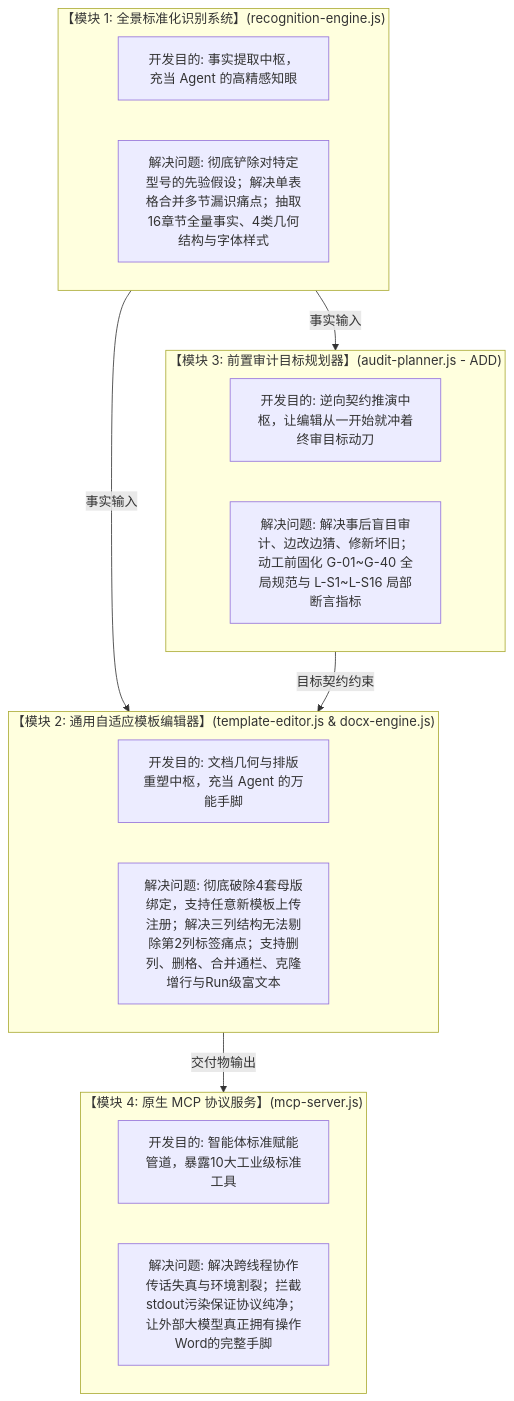
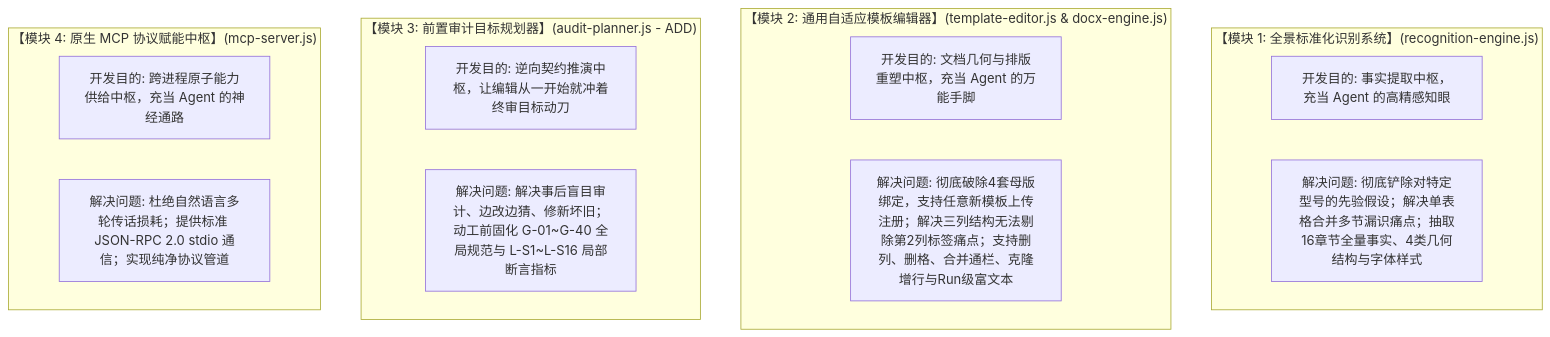
Before and after one commit to SnowLove0303/Msds-Engine: the diagram in PROJECT_CONSTITUTION.md, drawn with Mermaid. The commit also changed other lines of this file and 9 other files, not shown here.

````diff
--- a/PROJECT_CONSTITUTION.md
+++ b/PROJECT_CONSTITUTION.md
@@ -35,27 +35,22 @@
 ```mermaid
 flowchart TD
     subgraph M1["【模块 1: 全景标准化识别系统】(recognition-engine.js)"]
         D1["开发目的: 事实提取中枢，充当 Agent 的高精感知眼"]
         P1["解决问题: 彻底铲除对特定型号的先验假设；解决单表格合并多节漏识痛点；抽取16章节全量事实、4类几何结构与字体样式"]
     end
 
     subgraph M2["【模块 2: 通用自适应模板编辑器】(template-editor.js & docx-engine.js)"]
         D2["开发目的: 文档几何与排版重塑中枢，充当 Agent 的万能手脚"]
         P2["解决问题: 彻底破除4套母版绑定，支持任意新模板上传注册；解决三列结构无法剔除第2列标签痛点；支持删列、删格、合并通栏、克隆增行与Run级富文本"]
     end
 
     subgraph M3["【模块 3: 前置审计目标规划器】(audit-planner.js - ADD)"]
         D3["开发目的: 逆向契约推演中枢，让编辑从一开始就冲着终审目标动刀"]
         P3["解决问题: 解决事后盲目审计、边改边猜、修新坏旧；动工前固化 G-01~G-40 全局规范与 L-S1~L-S16 局部断言指标"]
     end
 
-    subgraph M4["【模块 4: 原生 MCP 协议服务】(mcp-server.js)"]
-        D4["开发目的: 智能体标准赋能管道，暴露10大工业级标准工具"]
-        P4["解决问题: 解决跨线程协作传话失真与环境割裂；拦截stdout污染保证协议纯净；让外部大模型真正拥有操作Word的完整手脚"]
+    subgraph M4["【模块 4: 原生 MCP 协议赋能中枢】(mcp-server.js)"]
+        D4["开发目的: 跨进程原子能力供给中枢，充当 Agent 的神经通路"]
+        P4["解决问题: 杜绝自然语言多轮传话损耗；提供标准 JSON-RPC 2.0 stdio 通信；实现纯净协议管道"]
     end
-
-    M1 -->|事实输入| M3
-    M1 -->|事实输入| M2
-    M3 -->|目标契约约束| M2
-    M2 -->|交付物输出| M4
 ```
````
